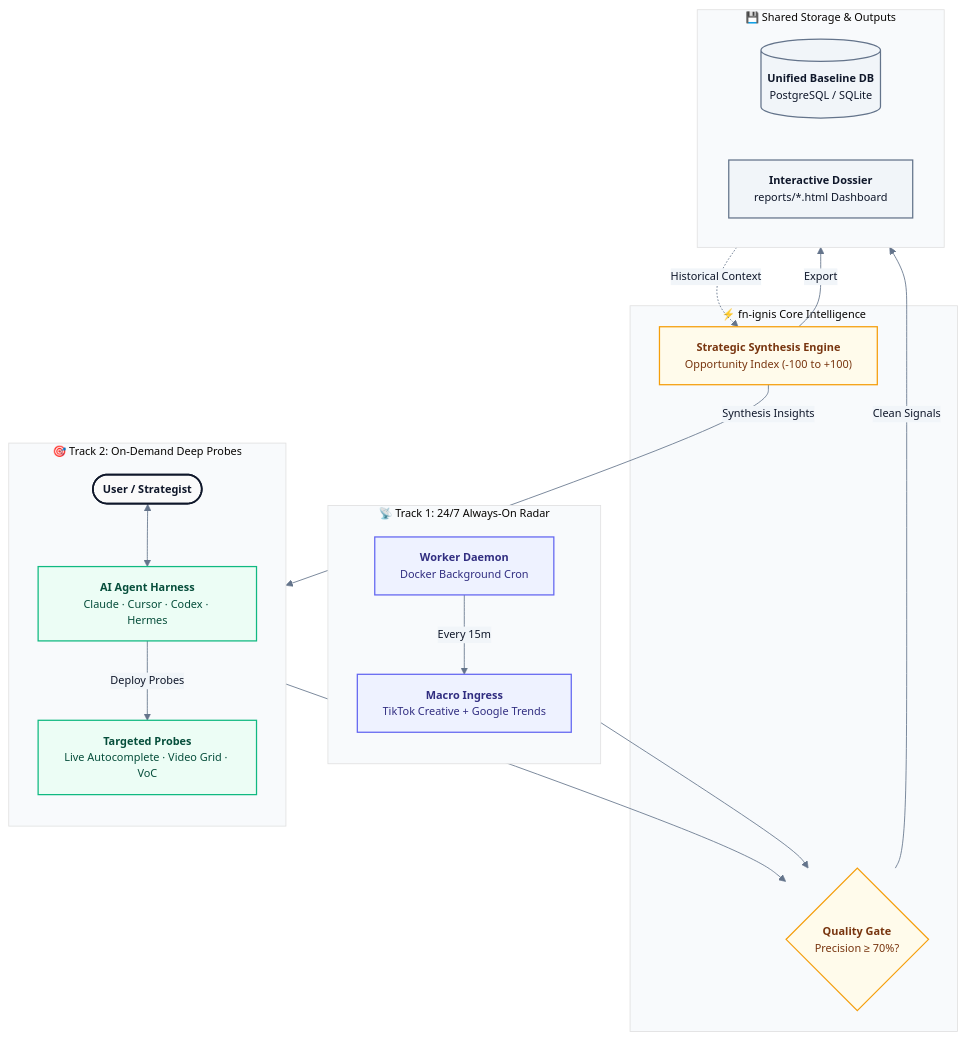
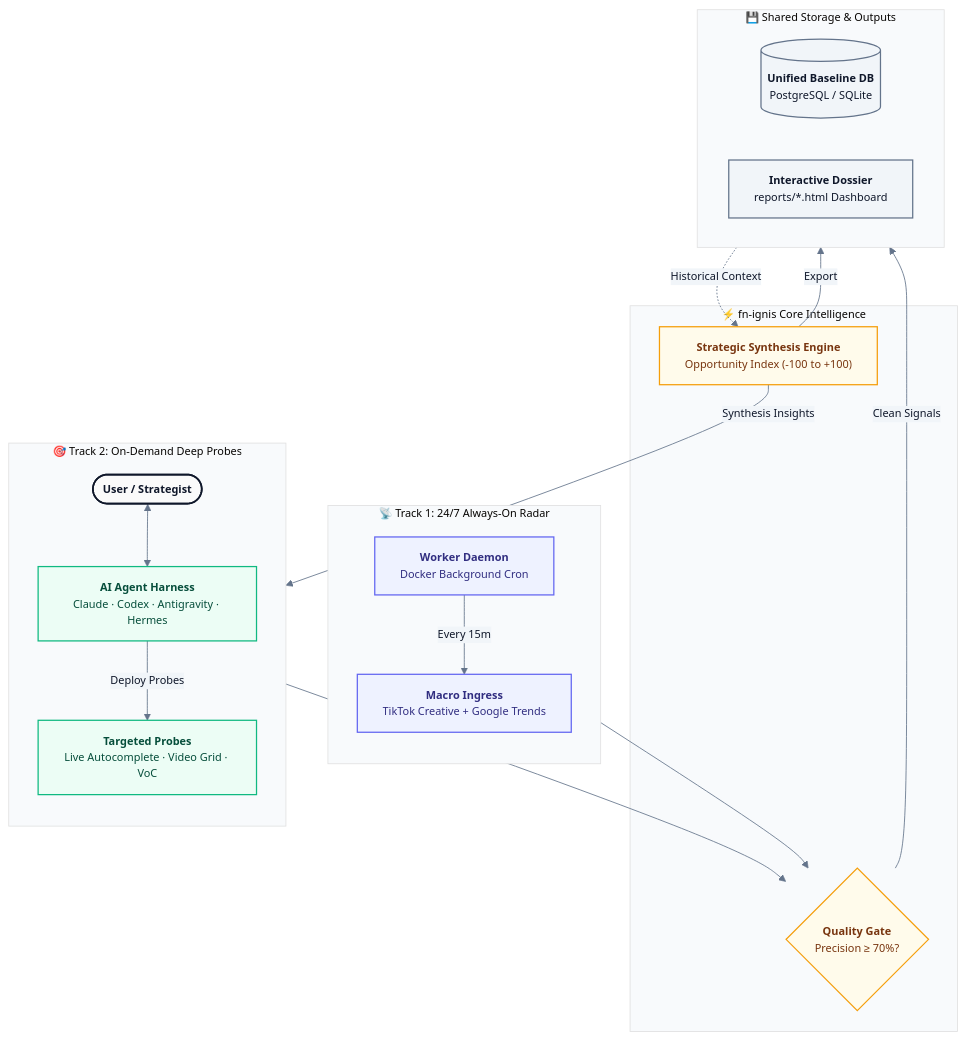
One commit to fioenix/fn-ignis changed the diagram in README.md. Above: the diagram before and after it, drawn with Mermaid. The commit also changed other lines of this file and 47 other files, not shown here.

````diff
--- a/README.md
+++ b/README.md
@@ -42,52 +42,52 @@
 ```mermaid
 %%{init: {'theme': 'base', 'themeVariables': { 'fontFamily': 'ui-sans-serif, system-ui, sans-serif', 'fontSize': '13px', 'primaryColor': '#F8FAFC', 'primaryTextColor': '#0F172A', 'primaryBorderColor': '#CBD5E1', 'lineColor': '#64748B', 'secondaryColor': '#F1F5F9', 'tertiaryColor': '#F8FAFC'}}}%%
 flowchart TB
     %% Inputs
     subgraph T1["📡 Track 1: 24/7 Always-On Radar"]
         direction TB
         W["<b>Worker Daemon</b><br/>Docker Background Cron"]
         P1["<b>Macro Ingress</b><br/>TikTok Creative + Google Trends"]
         W -->|Every 15m| P1
     end
 
     subgraph T2["🎯 Track 2: On-Demand Deep Probes"]
         direction TB
-        User(["<b>User / Strategist</b>"]) <--> Agent["<b>AI Agent Harness</b><br/>Claude · Cursor · Codex · Hermes"]
+        User(["<b>User / Strategist</b>"]) <--> Agent["<b>AI Agent Harness</b><br/>Claude · Codex · Antigravity · Hermes"]
         P2["<b>Targeted Probes</b><br/>Live Autocomplete · Video Grid · VoC"]
         Agent -->|Deploy Probes| P2
     end
 
     %% Engine & Gate
     subgraph Core["⚡ fn-ignis Core Intelligence"]
         QGate{"<b>Quality Gate</b><br/>Precision &ge; 70%?"}
         Synth["<b>Strategic Synthesis Engine</b><br/>Opportunity Index (-100 to +100)"]
     end
 
     %% Persistence & Outputs
     subgraph Storage["💾 Shared Storage & Outputs"]
         direction LR
         DB[("<b>Unified Baseline DB</b><br/>PostgreSQL / SQLite")]
         Artifact["<b>Interactive Dossier</b><br/>reports/*.html Dashboard"]
     end
 
     %% Cross connections
     P1 --> QGate
     P2 --> QGate
     QGate -->|Clean Signals| DB
     DB -.->|Historical Context| Synth
     Synth -->|Synthesis Insights| Agent
     Synth -->|Export| Artifact
 
     %% Styling classes
     classDef radar fill:#EEF2FF,stroke:#6366F1,stroke-width:1.5px,color:#312E81;
     classDef probe fill:#ECFDF5,stroke:#10B981,stroke-width:1.5px,color:#064E3B;
     classDef core fill:#FFFBEB,stroke:#F59E0B,stroke-width:1.5px,color:#78350F;
     classDef storage fill:#F1F5F9,stroke:#64748B,stroke-width:1.5px,color:#0F172A;
     classDef highlight fill:#FAFAFA,stroke:#0F172A,stroke-width:2px,color:#0F172A;
 
     class W,P1 radar;
     class Agent,P2 probe;
     class QGate,Synth core;
     class DB,Artifact storage;
     class User highlight;
 ```
````
